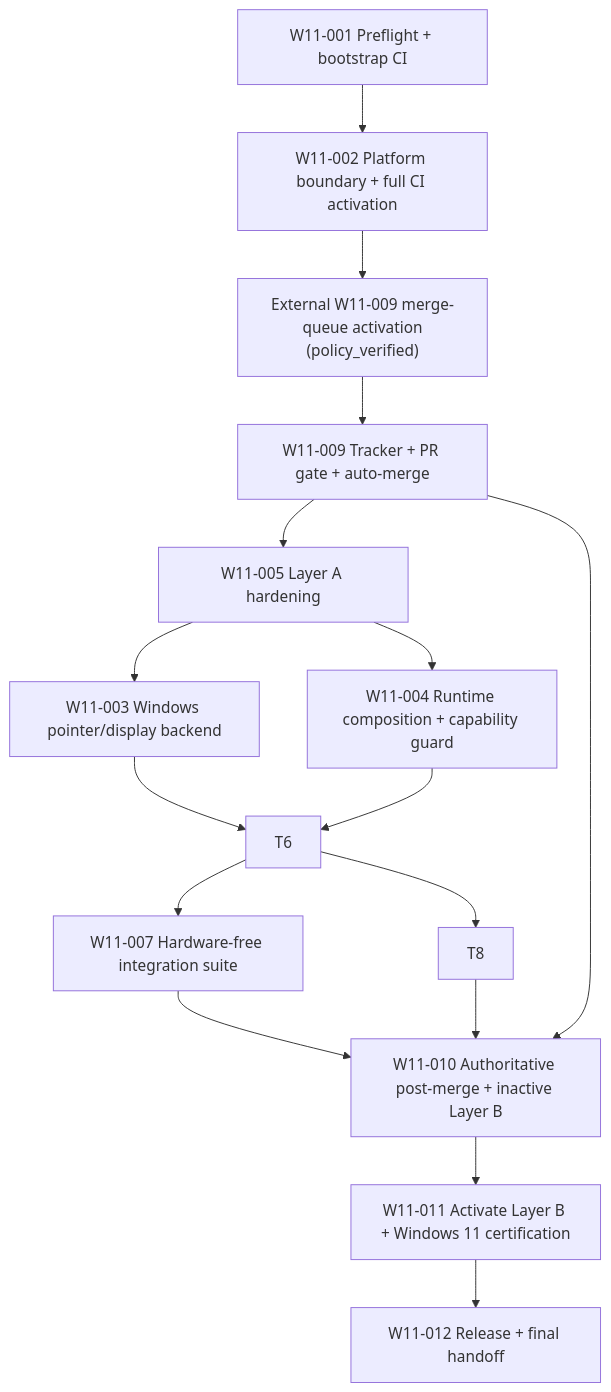
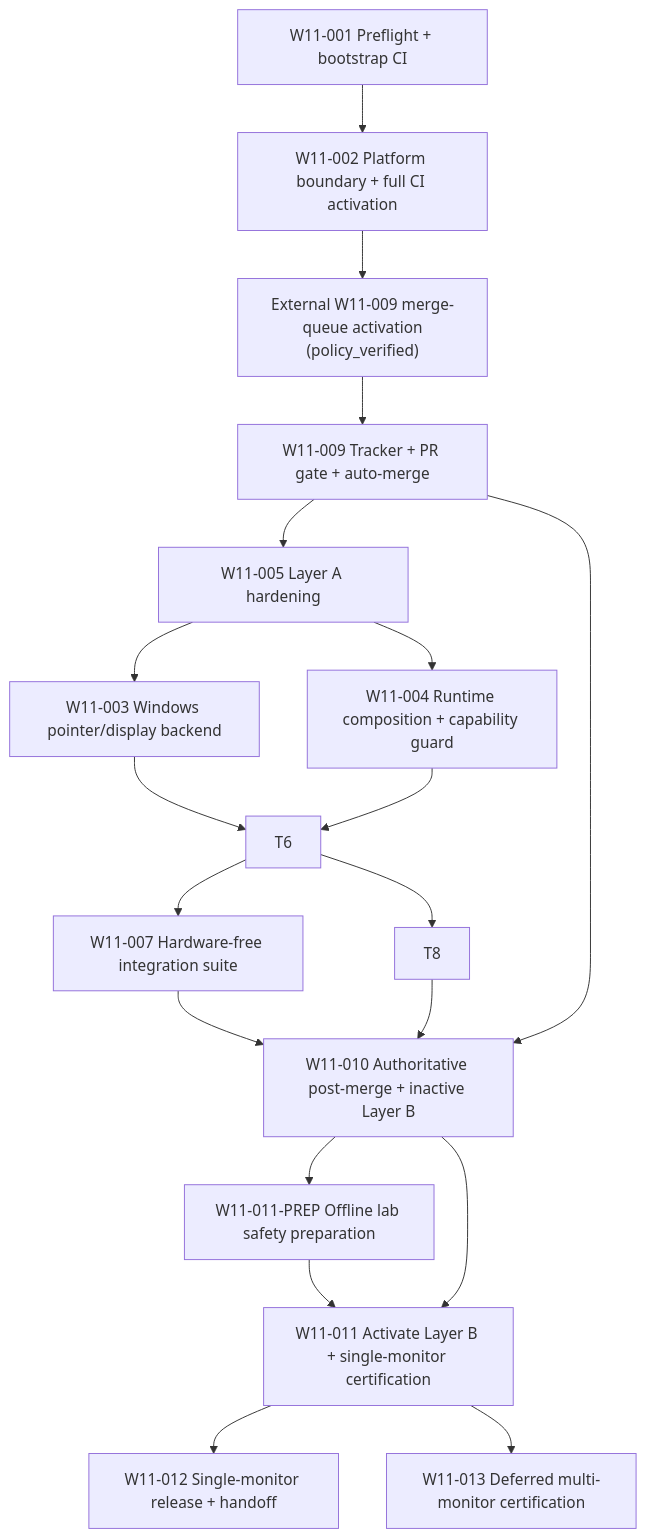
One commit to Wells-sideproj/obs-voice-command-windows changed the third of 4 diagrams in docs/plans/2026-08-17-windows-11-port-plan.md. Above: the diagram before and after it, drawn with Mermaid. The commit also changed other lines of this file and 17 other files, not shown here.

Commit message:
W11-011-PREP: hard-disabled offline lab contracts and single-monitor scope (#23)

````diff
--- a/docs/plans/2026-08-17-windows-11-port-plan.md
+++ b/docs/plans/2026-08-17-windows-11-port-plan.md
@@ -142,18 +142,21 @@
 ```mermaid
 flowchart TD
     T1["W11-001 Preflight + bootstrap CI"] --> T2["W11-002 Platform boundary + full CI activation"]
     T2 --> Q9["External W11-009 merge-queue activation\n(policy_verified)"]
     Q9 --> T9["W11-009 Tracker + PR gate + auto-merge"]
     T9 --> T5["W11-005 Layer A hardening"]
     T5 --> T3["W11-003 Windows pointer/display backend"]
     T5 --> T4["W11-004 Runtime composition + capability guard"]
     T3 --> T6
     T4 --> T6
     T6 --> T7["W11-007 Hardware-free integration suite"]
     T6 --> T8
     T7 --> T10["W11-010 Authoritative post-merge + inactive Layer B"]
     T8 --> T10
     T9 --> T10
-    T10 --> T11["W11-011 Activate Layer B + Windows 11 certification"]
-    T11 --> T12["W11-012 Release + final handoff"]
+    T10 --> PREP["W11-011-PREP Offline lab safety preparation"]
+    PREP --> T11["W11-011 Activate Layer B + single-monitor certification"]
+    T10 --> T11
+    T11 --> T12["W11-012 Single-monitor release + handoff"]
+    T11 --> T13["W11-013 Deferred multi-monitor certification"]
 ```
````
